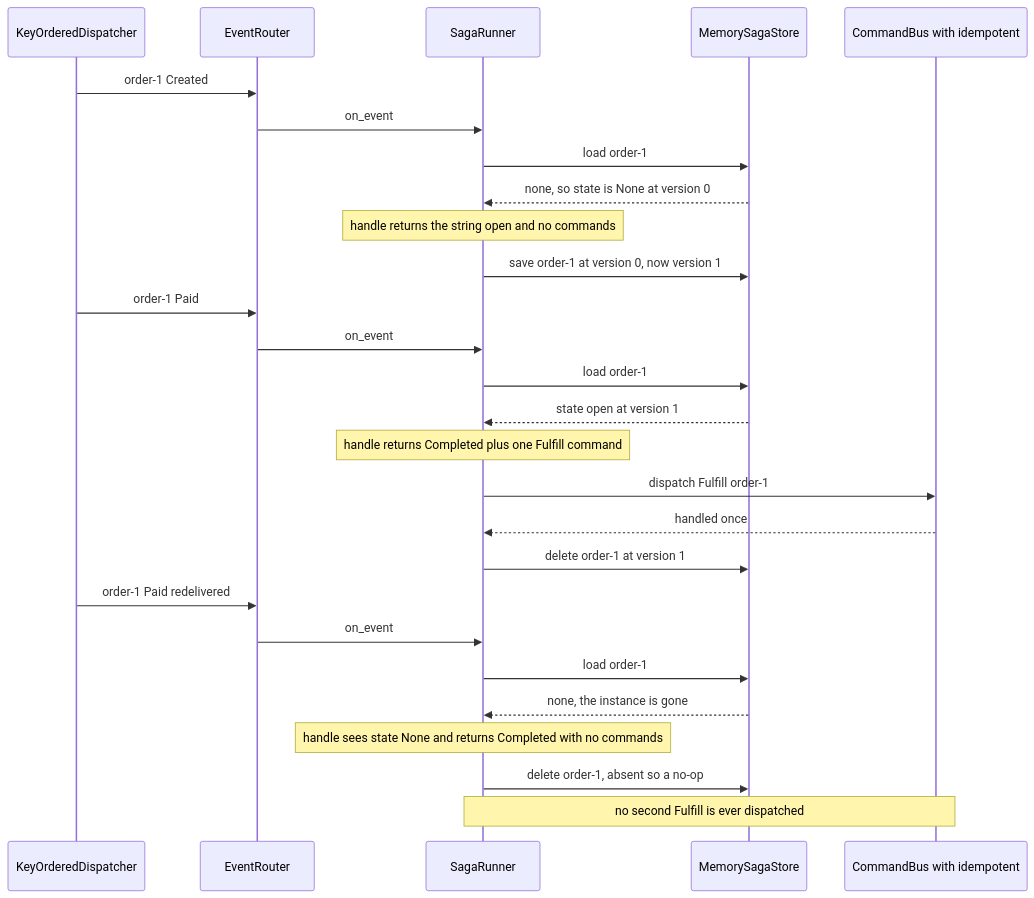
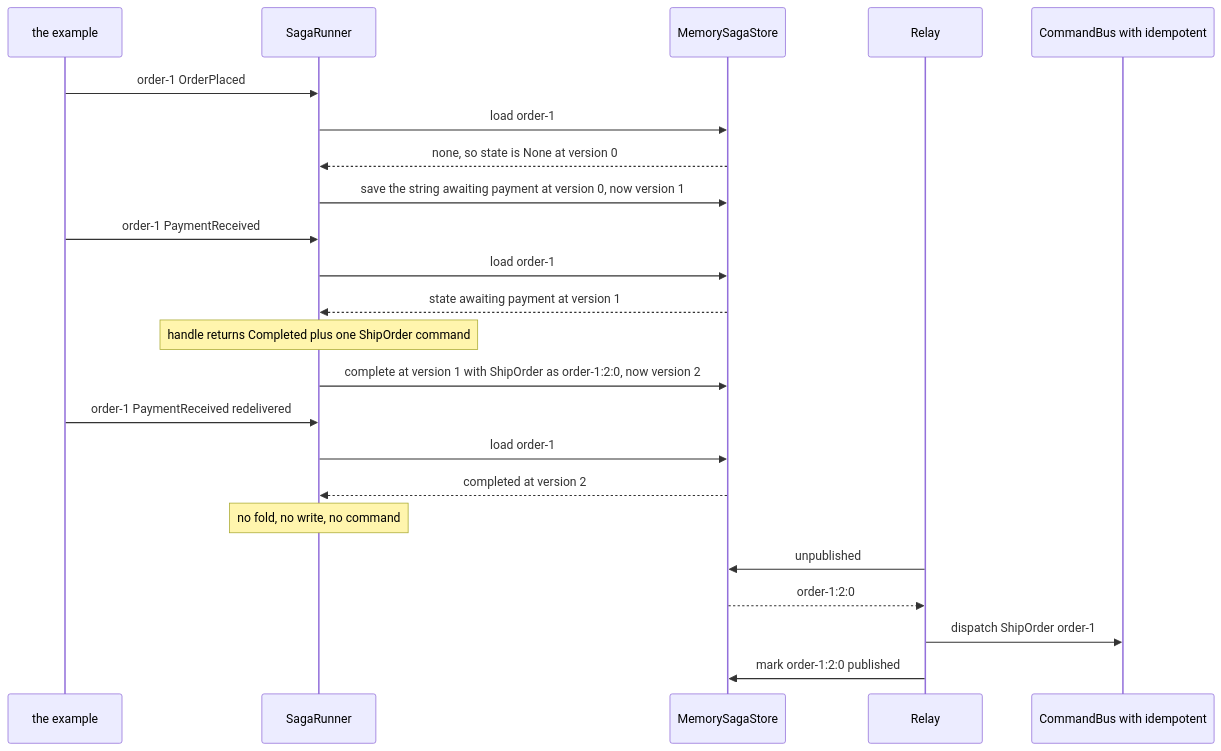
The third of 3 diagrams in docs/sdk/sagas.md (haskian/edax), drawn with Mermaid before and after one commit. The commit also changed other lines of this file and 263 other files, not shown here.

````diff
--- a/docs/sdk/sagas.md
+++ b/docs/sdk/sagas.md
@@ -193,29 +216,25 @@
 ```mermaid
 sequenceDiagram
-    participant D as KeyOrderedDispatcher
-    participant R as EventRouter
+    participant EX as the example
     participant RU as SagaRunner
     participant ST as MemorySagaStore
+    participant RL as Relay
     participant CB as CommandBus with idempotent
-    D->>R: order-1 Created
-    R->>RU: on_event
+    EX->>RU: order-1 OrderPlaced
     RU->>ST: load order-1
     ST-->>RU: none, so state is None at version 0
-    Note over RU: handle returns the string open and no commands
-    RU->>ST: save order-1 at version 0, now version 1
-    D->>R: order-1 Paid
-    R->>RU: on_event
+    RU->>ST: save the string awaiting payment at version 0, now version 1
+    EX->>RU: order-1 PaymentReceived
     RU->>ST: load order-1
-    ST-->>RU: state open at version 1
-    Note over RU: handle returns Completed plus one Fulfill command
-    RU->>CB: dispatch Fulfill order-1
-    CB-->>RU: handled once
-    RU->>ST: delete order-1 at version 1
-    D->>R: order-1 Paid redelivered
-    R->>RU: on_event
+    ST-->>RU: state awaiting payment at version 1
+    Note over RU: handle returns Completed plus one ShipOrder command
+    RU->>ST: complete at version 1 with ShipOrder as order-1:2:0, now version 2
+    EX->>RU: order-1 PaymentReceived redelivered
     RU->>ST: load order-1
-    ST-->>RU: none, the instance is gone
-    Note over RU: handle sees state None and returns Completed with no commands
-    RU->>ST: delete order-1, absent so a no-op
-    Note over RU,CB: no second Fulfill is ever dispatched
+    ST-->>RU: completed at version 2
+    Note over RU: no fold, no write, no command
+    RL->>ST: unpublished
+    ST-->>RL: order-1:2:0
+    RL->>CB: dispatch ShipOrder order-1
+    RL->>ST: mark order-1:2:0 published
 ```
````
